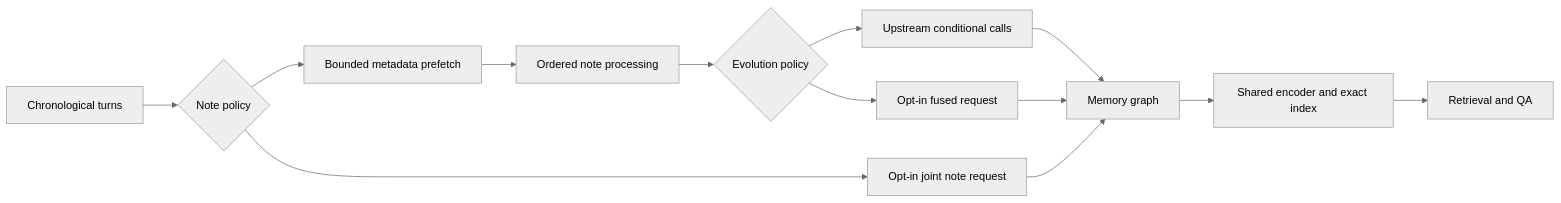
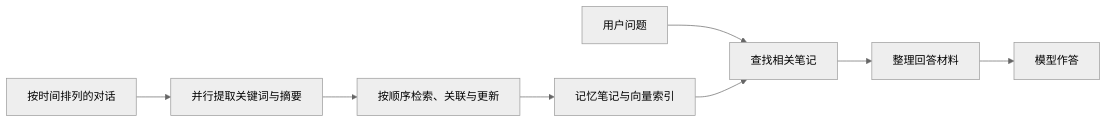
Before and after one commit to Ivan14441111/A-Mem-Fast: the diagram in README.md, drawn with Mermaid (neutral theme). The commit also changed other lines of this file and 14 other files, not shown here.

````diff
--- a/README.md
+++ b/README.md
@@ -7,15 +17,10 @@
 ```mermaid
 flowchart LR
-    T[Chronological turns] --> P{Note policy}
-    P --> A[Bounded metadata prefetch]
-    A --> S[Ordered note processing]
-    S --> E{Evolution policy}
-    E --> U[Upstream conditional calls]
-    E --> F[Opt-in fused request]
-    P --> J[Opt-in joint note request]
-    U --> G[Memory graph]
-    F --> G
-    J --> G
-    G --> I[Shared encoder and exact index]
-    I --> Q[Retrieval and QA]
+    A[按时间排列的对话] --> B[并行提取关键词与摘要]
+    B --> C[按顺序检索、关联与更新]
+    C --> D[记忆笔记与向量索引]
+    Q[用户问题] --> E[查找相关笔记]
+    D --> E
+    E --> F[整理回答材料]
+    F --> G[模型作答]
 ```
````
